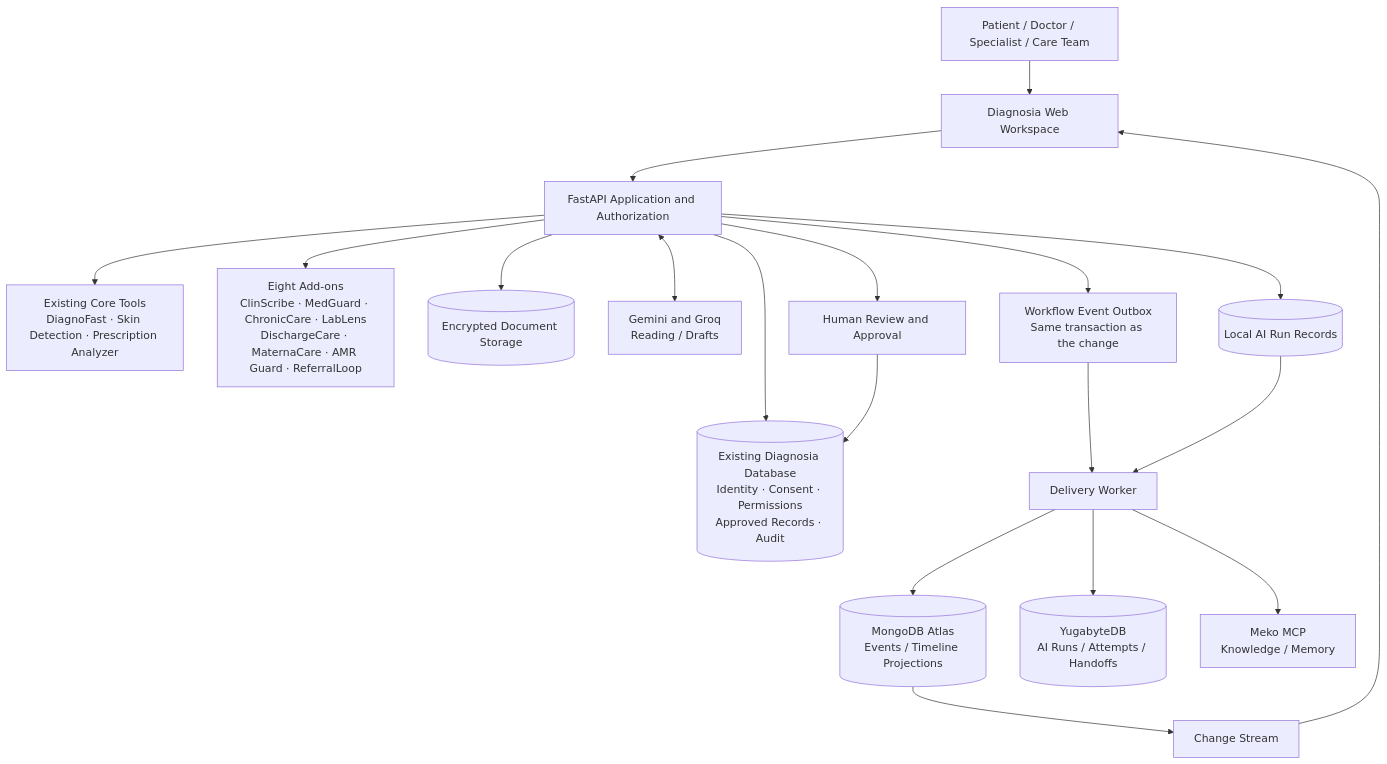
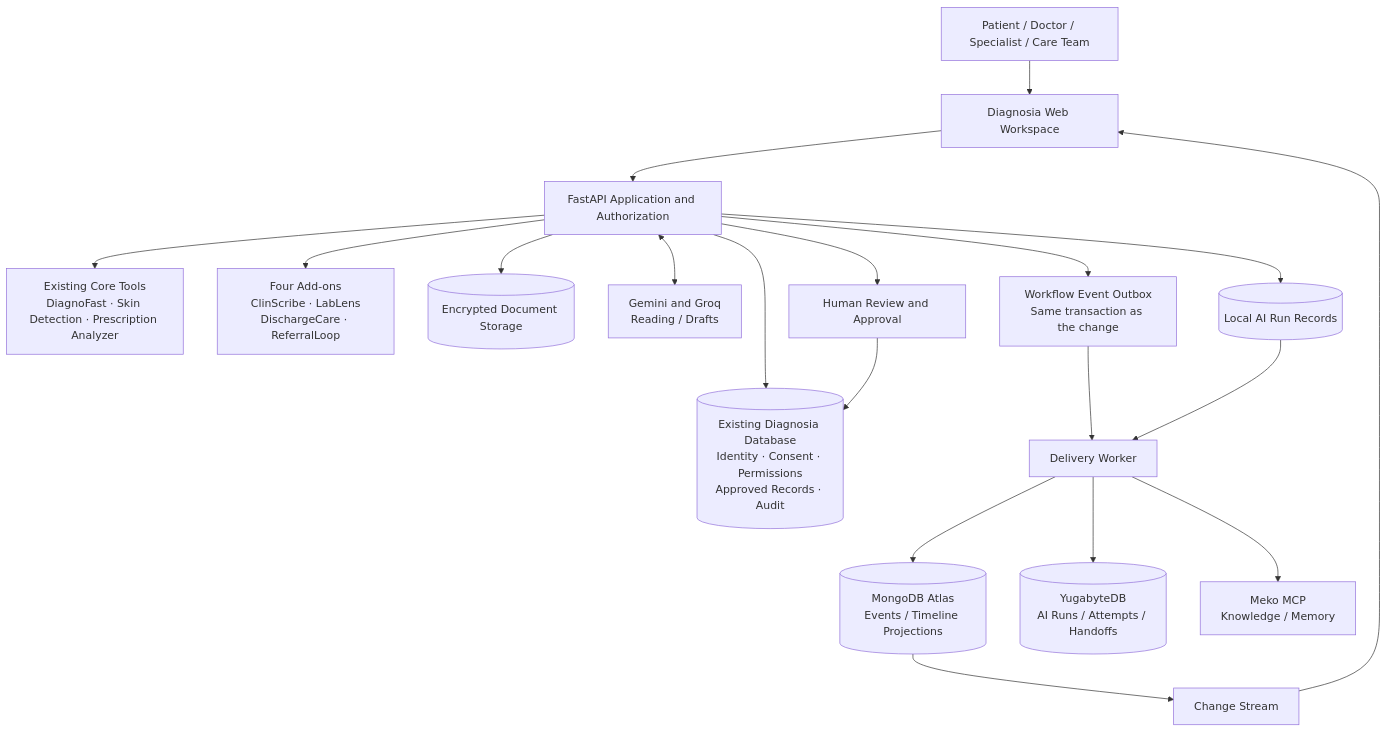
Before and after one commit to HimalGarg/diagnosia: the first of 2 diagrams in README.md, drawn with Mermaid. The commit also changed other lines of this file and 107 other files, not shown here.

First line of the commit message:
Remove MedGuard, ChronicCare, MaternaCare and AMR Guard

````diff
--- a/README.md
+++ b/README.md
@@ -330,25 +278,25 @@
 ```mermaid
 flowchart TD
     U[Patient / Doctor / Specialist / Care Team] --> WEB[Diagnosia Web Workspace]
     WEB --> API[FastAPI Application and Authorization]
 
     API --> CORE[Existing Core Tools<br/>DiagnoFast · Skin Detection · Prescription Analyzer]
-    API --> ADDONS[Eight Add-ons<br/>ClinScribe · MedGuard · ChronicCare · LabLens<br/>DischargeCare · MaternaCare · AMR Guard · ReferralLoop]
+    API --> ADDONS[Four Add-ons<br/>ClinScribe · LabLens<br/>DischargeCare · ReferralLoop]
 
     API --> DB[(Existing Diagnosia Database<br/>Identity · Consent · Permissions<br/>Approved Records · Audit)]
     API --> DOCS[(Encrypted Document Storage)]
 
     API <--> GEM[Gemini and Groq<br/>Reading / Drafts]
     API --> OUTBOX[Workflow Event Outbox<br/>Same transaction as the change]
     API --> RUNS[(Local AI Run Records)]
     OUTBOX --> WORKER[Delivery Worker]
     RUNS --> WORKER
     WORKER --> ATLAS[(MongoDB Atlas<br/>Events / Timeline Projections)]
     WORKER --> YB[(YugabyteDB<br/>AI Runs / Attempts / Handoffs)]
     WORKER --> MEKO[Meko MCP<br/>Knowledge / Memory]
     ATLAS --> STREAM[Change Stream]
     STREAM --> WEB
 
     API --> REVIEW[Human Review and Approval]
     REVIEW --> DB
 ```
````
